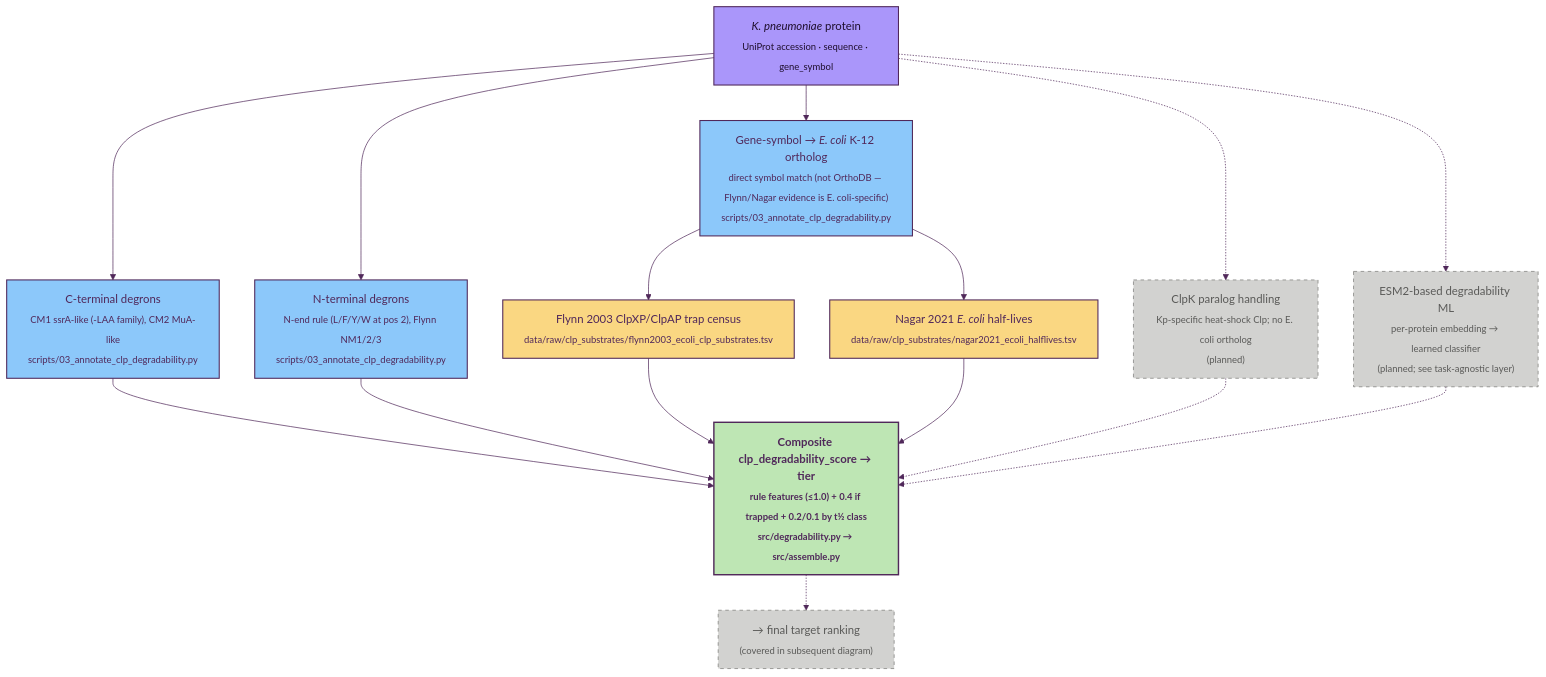
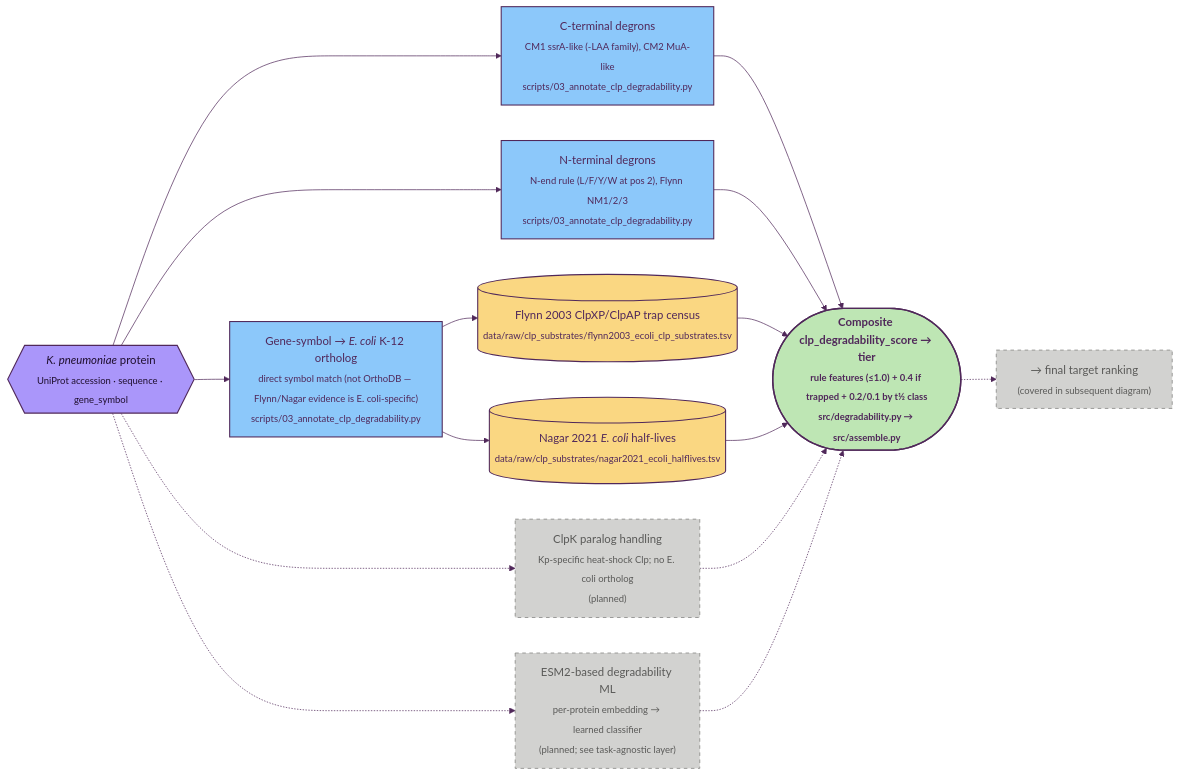
The diagram in docs/03_degradability.md (ersilia-os/gradi-target-prioritization), drawn with Mermaid before and after one commit. The commit also changed 4 other files, not shown here.

Commit message:
diagramming

````diff
--- a/docs/03_degradability.md
+++ b/docs/03_degradability.md
@@ -16,32 +16,32 @@
 ```mermaid
 %%{init: {'theme':'base','themeVariables':{'primaryColor':'#FAD782','primaryBorderColor':'#50285A','primaryTextColor':'#50285A','lineColor':'#50285A','secondaryColor':'#8CC8FA','tertiaryColor':'#BEE6B4','fontFamily':'Inter, system-ui, sans-serif'}}}%%
-flowchart TD
+flowchart LR
     classDef source    fill:#AA96FA,stroke:#50285A,stroke-width:1.5px,color:#1F0F2E
     classDef dataset   fill:#FAD782,stroke:#50285A,stroke-width:1.5px,color:#50285A
     classDef method    fill:#8CC8FA,stroke:#50285A,stroke-width:1.5px,color:#50285A
     classDef result    fill:#BEE6B4,stroke:#50285A,stroke-width:2px,color:#50285A,font-weight:bold
     classDef tagnostic fill:#DCA0DC,stroke:#50285A,stroke-width:1.5px,color:#50285A
     classDef stub      fill:#FAA08C,stroke:#50285A,stroke-width:1.5px,stroke-dasharray:6 3,color:#50285A
     classDef planned   fill:#D2D2D0,stroke:#7A7A78,stroke-width:1px,stroke-dasharray:5 5,color:#5A5A58
 
-    P["<i>K. pneumoniae</i> protein<br/><sub>UniProt accession · sequence · gene_symbol</sub>"]:::source
+    P{{"<i>K. pneumoniae</i> protein<br/><sub>UniProt accession · sequence · gene_symbol</sub>"}}:::source
 
     P --> CTERM["C-terminal degrons<br/><sub>CM1 ssrA-like (-LAA family), CM2 MuA-like</sub><br/><sub>scripts/03_annotate_clp_degradability.py</sub>"]:::method
     P --> NTERM["N-terminal degrons<br/><sub>N-end rule (L/F/Y/W at pos 2), Flynn NM1/2/3</sub><br/><sub>scripts/03_annotate_clp_degradability.py</sub>"]:::method
 
     P --> ORTH["Gene-symbol → <i>E. coli</i> K-12 ortholog<br/><sub>direct symbol match (not OrthoDB — Flynn/Nagar evidence is E. coli-specific)</sub><br/><sub>scripts/03_annotate_clp_degradability.py</sub>"]:::method
-    ORTH --> FLYNN["Flynn 2003 ClpXP/ClpAP trap census<br/><sub>data/raw/clp_substrates/flynn2003_ecoli_clp_substrates.tsv</sub>"]:::dataset
-    ORTH --> NAGAR["Nagar 2021 <i>E. coli</i> half-lives<br/><sub>data/raw/clp_substrates/nagar2021_ecoli_halflives.tsv</sub>"]:::dataset
+    ORTH --> FLYNN[("Flynn 2003 ClpXP/ClpAP trap census<br/><sub>data/raw/clp_substrates/flynn2003_ecoli_clp_substrates.tsv</sub>")]:::dataset
+    ORTH --> NAGAR[("Nagar 2021 <i>E. coli</i> half-lives<br/><sub>data/raw/clp_substrates/nagar2021_ecoli_halflives.tsv</sub>")]:::dataset
 
     P -.-> CLPK["ClpK paralog handling<br/><sub>Kp-specific heat-shock Clp; no E. coli ortholog</sub><br/><sub>(planned)</sub>"]:::planned
     P -.-> ESM2["ESM2-based degradability ML<br/><sub>per-protein embedding → learned classifier</sub><br/><sub>(planned; see task-agnostic layer)</sub>"]:::planned
 
-    CTERM --> SCORE["Composite clp_degradability_score → tier<br/><sub>rule features (≤1.0) + 0.4 if trapped + 0.2/0.1 by t½ class</sub><br/><sub>src/degradability.py → src/assemble.py</sub>"]:::result
+    CTERM --> SCORE(["Composite clp_degradability_score → tier<br/><sub>rule features (≤1.0) + 0.4 if trapped + 0.2/0.1 by t½ class</sub><br/><sub>src/degradability.py → src/assemble.py</sub>"]):::result
     NTERM --> SCORE
     FLYNN --> SCORE
     NAGAR --> SCORE
     CLPK -.-> SCORE
     ESM2 -.-> SCORE
 
     SCORE -.-> NEXT["→ final target ranking<br/><sub>(covered in subsequent diagram)</sub>"]:::planned
 ```
````
